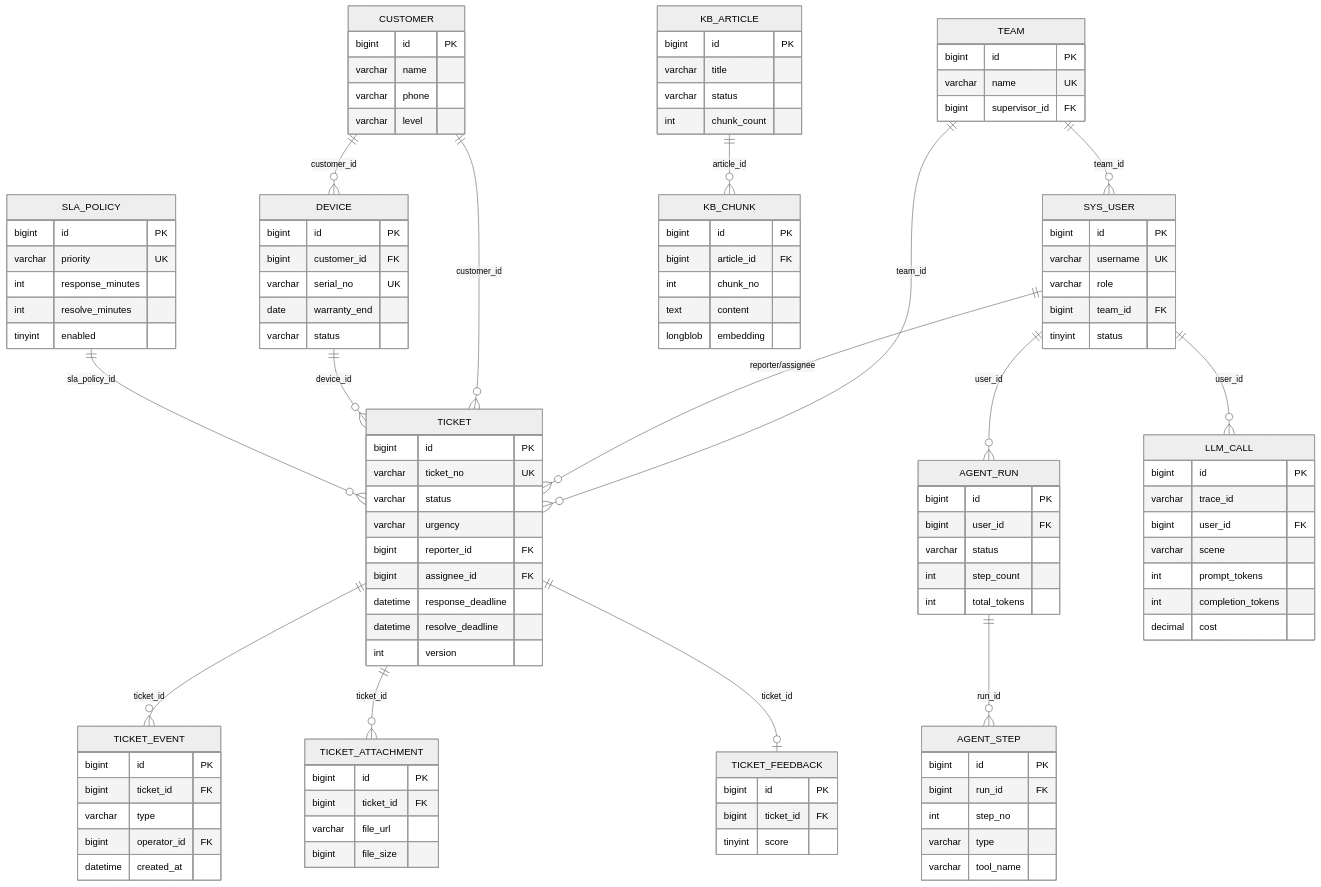
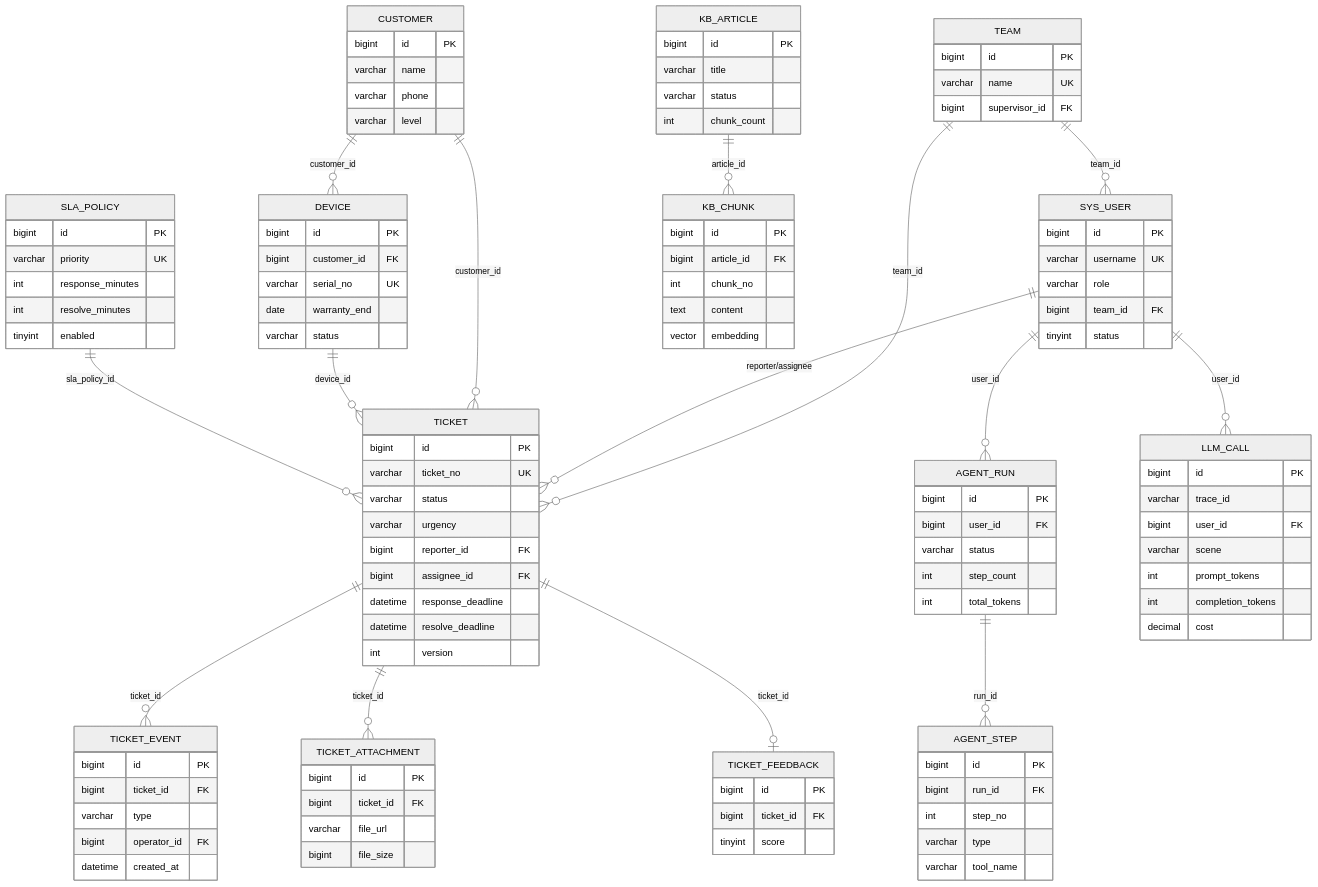
One commit to 6myname6/servicedesk-ai changed the diagram in backend/src/main/resources/docs/ER图.md. Above: the diagram before and after it, drawn with Mermaid (neutral theme). The commit also changed other lines of this file and 2 other files, not shown here.

```diff
--- a/backend/src/main/resources/docs/ER图.md
+++ b/backend/src/main/resources/docs/ER图.md
@@ -111,7 +112,7 @@
         bigint article_id FK
         int chunk_no
         text content
-        longblob embedding
+        vector embedding
     }
 
     AGENT_RUN {
```
